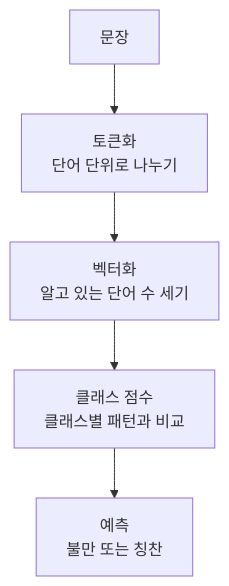
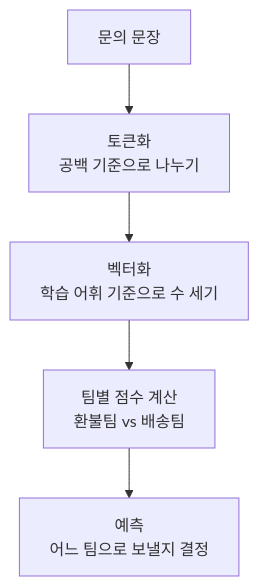
One commit to devchan64/AiBook changed the diagram in docs/parts/part-07/chapter-04/section-01.md. Above: the diagram before and after it, drawn with Mermaid. The commit also changed other lines of this file and 136 other files, not shown here.

````diff
--- a/docs/parts/part-07/chapter-04/section-01.md
+++ b/docs/parts/part-07/chapter-04/section-01.md
@@ -65,10 +54,10 @@
 ```mermaid
 flowchart TD
-  A["문장"]
-  B["토큰화<br/>단어 단위로 나누기"]
-  C["벡터화<br/>알고 있는 단어 수 세기"]
-  D["클래스 점수<br/>클래스별 패턴과 비교"]
-  E["예측<br/>불만 또는 칭찬"]
+  A["문의 문장"]
+  B["토큰화<br/>공백 기준으로 나누기"]
+  C["벡터화<br/>학습 어휘 기준으로 수 세기"]
+  D["팀별 점수 계산<br/>환불팀 vs 배송팀"]
+  E["예측<br/>어느 팀으로 보낼지 결정"]
 
   A --> B --> C --> D --> E
 ```
````
